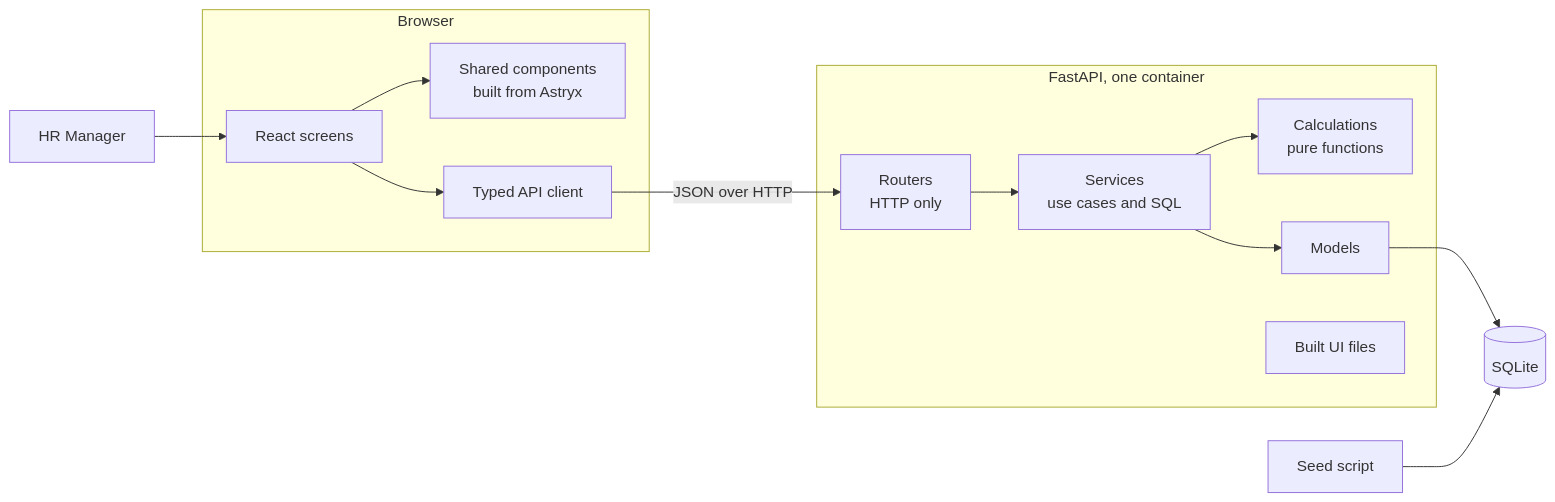
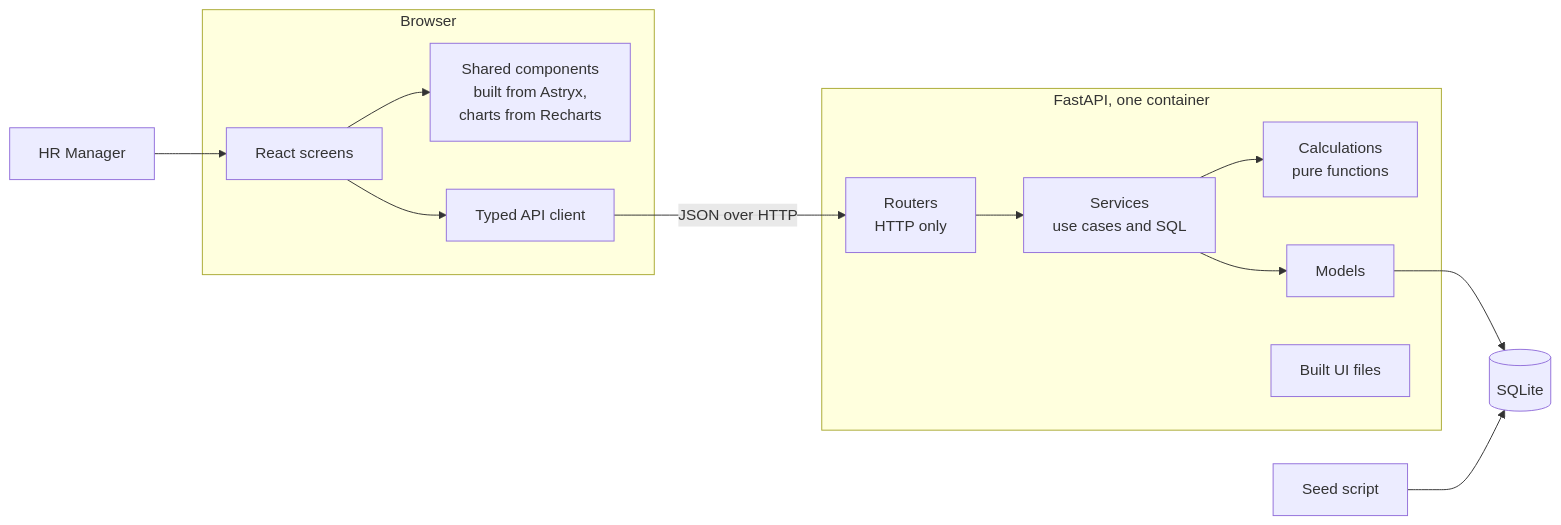
The first of 2 diagrams in docs/architecture.md (mutaiib/acme-salary-management), drawn with Mermaid before and after one commit. The commit also changed other lines of this file and 8 other files, not shown here.

````diff
--- a/docs/architecture.md
+++ b/docs/architecture.md
@@ -5,21 +5,21 @@
 ```mermaid
 flowchart LR
   HR[HR Manager] --> UI
 
   subgraph Browser
-    UI[React screens] --> LIB[Shared components<br/>built from Astryx]
+    UI[React screens] --> LIB[Shared components<br/>built from Astryx,<br/>charts from Recharts]
     UI --> CLIENT[Typed API client]
   end
 
   CLIENT -->|JSON over HTTP| ROUTERS
 
   subgraph Server [FastAPI, one container]
     ROUTERS[Routers<br/>HTTP only] --> SERVICES[Services<br/>use cases and SQL]
     SERVICES --> CALC[Calculations<br/>pure functions]
     SERVICES --> MODELS[Models]
     STATIC[Built UI files]
   end
 
   MODELS --> DB[(SQLite)]
   SEED[Seed script] --> DB
 ```
````
